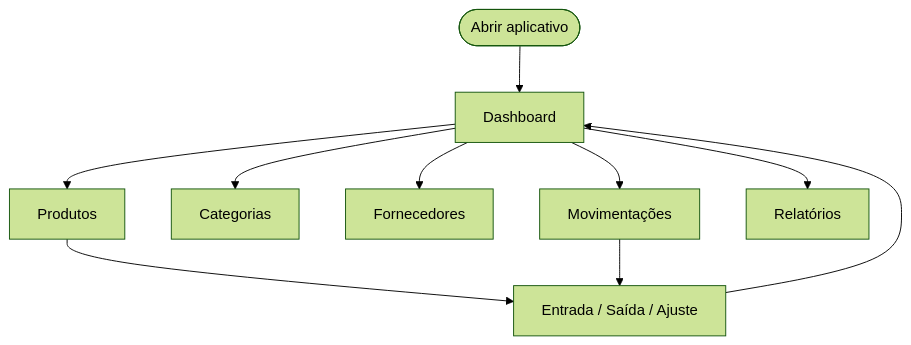
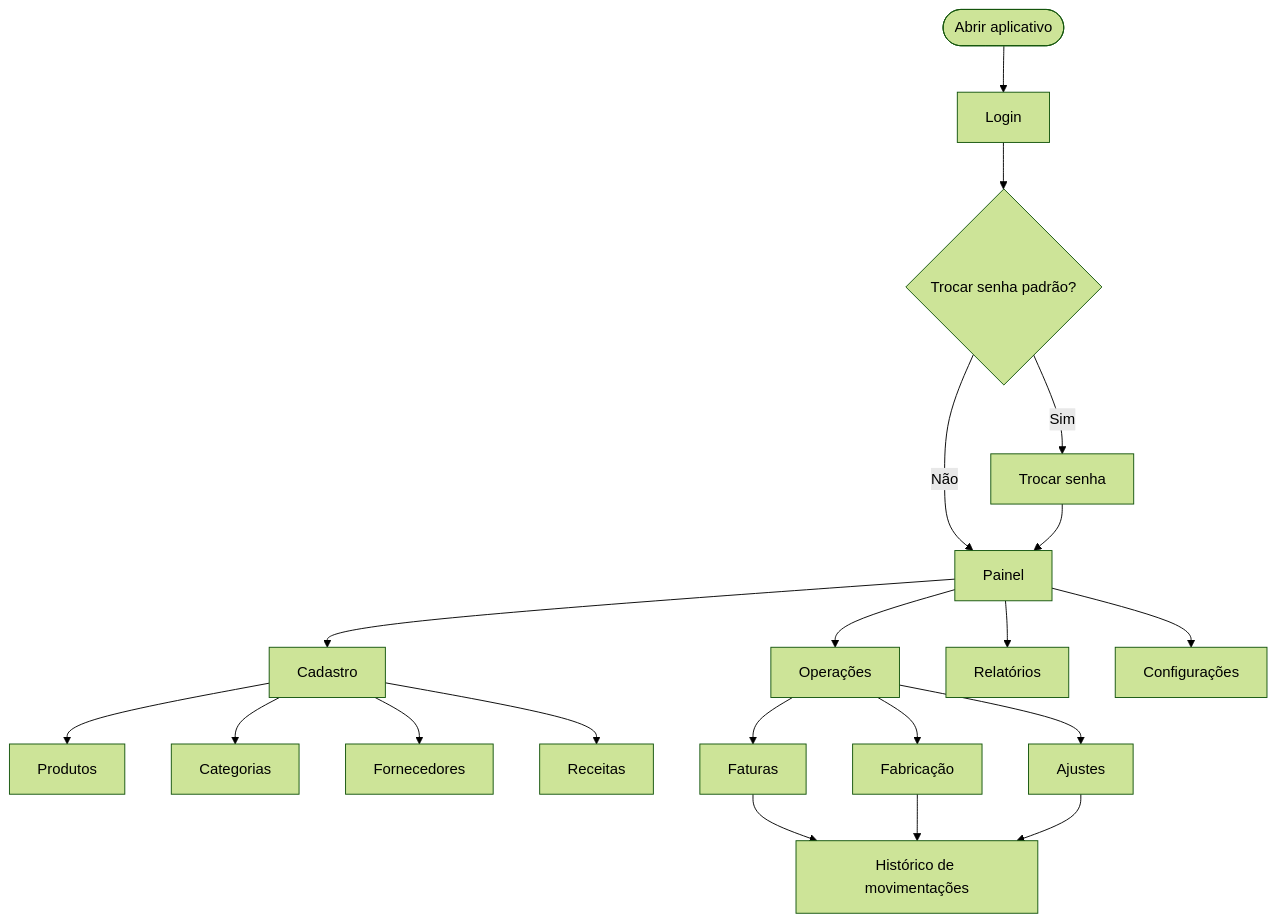
The first of 4 diagrams in docs/FLUXOS.md (CunhaSilva-CCS/controleEstoque), drawn with Mermaid (forest theme) before and after one commit. The commit also changed other lines of this file and 58 other files, not shown here.

````diff
--- a/docs/FLUXOS.md
+++ b/docs/FLUXOS.md
@@ -9,12 +9,22 @@
 ```mermaid
 flowchart TB
-  Start([Abrir aplicativo]) --> Dash[Dashboard]
-  Dash --> Produtos
-  Dash --> Categorias
-  Dash --> Fornecedores
-  Dash --> Movimentacoes[Movimentações]
-  Dash --> Relatorios[Relatórios]
-  Produtos --> MovEntrada[Entrada / Saída / Ajuste]
-  Movimentacoes --> MovEntrada
-  MovEntrada --> Dash
+  Start([Abrir aplicativo]) --> Login[Login]
+  Login --> Senha{Trocar senha padrão?}
+  Senha -->|Sim| Troca[Trocar senha]
+  Senha -->|Não| Painel
+  Troca --> Painel
+  Painel --> Cadastro[Cadastro]
+  Painel --> Operacoes[Operações]
+  Painel --> Relatorios[Relatórios]
+  Painel --> Config[Configurações]
+  Cadastro --> Produtos
+  Cadastro --> Categorias
+  Cadastro --> Fornecedores
+  Cadastro --> Receitas
+  Operacoes --> Faturas
+  Operacoes --> Fabricacao[Fabricação]
+  Operacoes --> Ajustes
+  Faturas --> Hist[Histórico de movimentações]
+  Fabricacao --> Hist
+  Ajustes --> Hist
 ```
````
